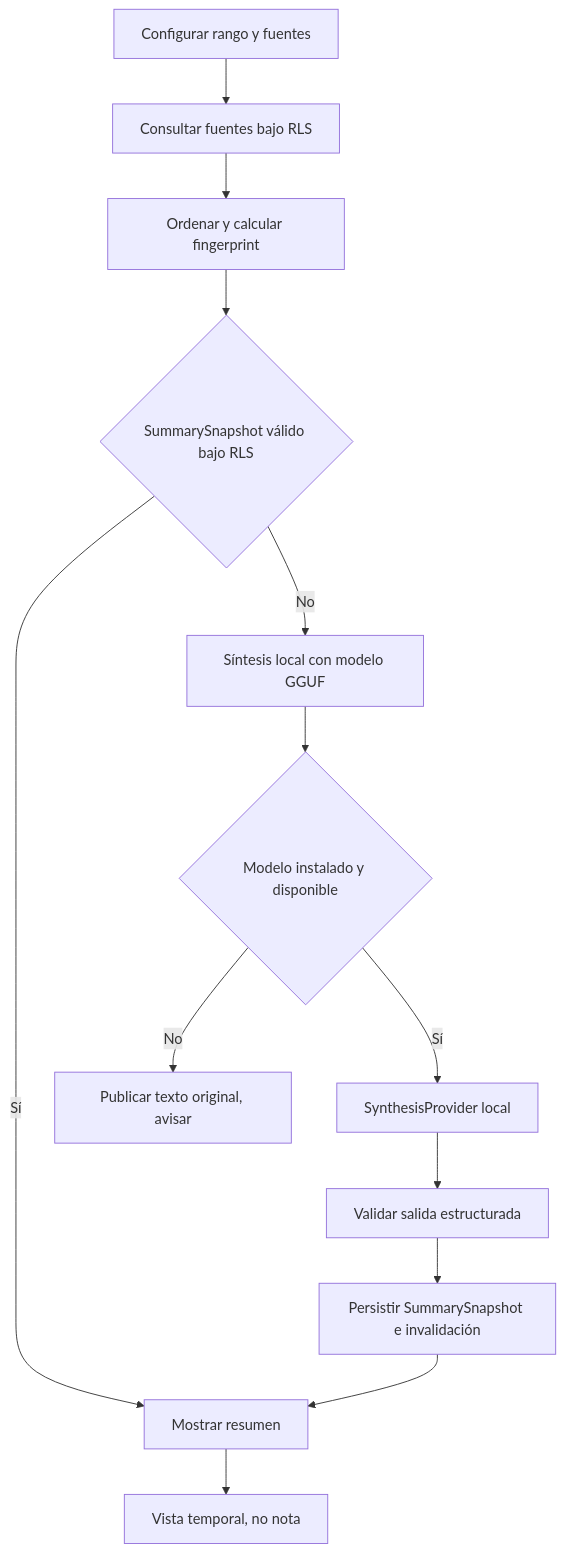
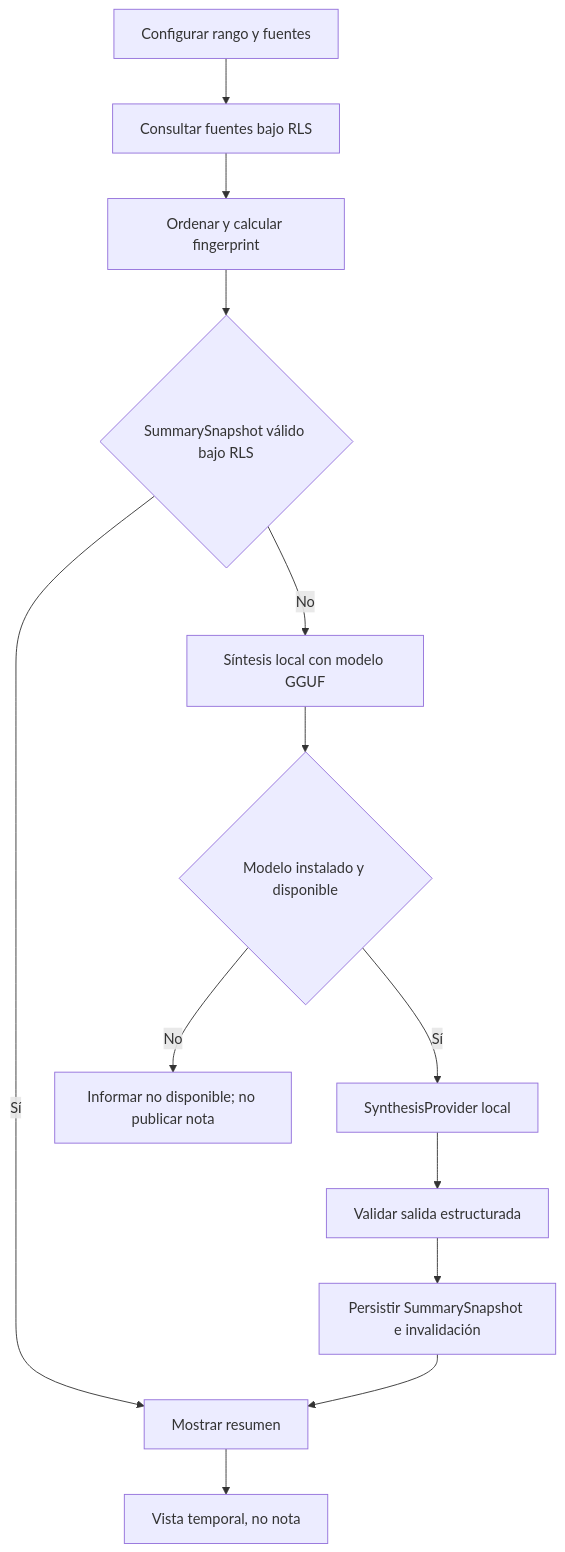
Before and after one commit to panxoyk/carer-record-app: the diagram in docs/foundation/flows/period-summary.md, drawn with Mermaid. The commit also changed other lines of this file and 17 other files, not shown here.

````diff
--- a/docs/foundation/flows/period-summary.md
+++ b/docs/foundation/flows/period-summary.md
@@ -48,15 +50,15 @@
 ```mermaid
 flowchart TD
   A["Configurar rango y fuentes"] --> B["Consultar fuentes bajo RLS"]
   B --> C["Ordenar y calcular fingerprint"]
   C --> D{"SummarySnapshot válido bajo RLS"}
   D -->|Sí| E["Mostrar resumen"]
   D -->|No| F["Síntesis local con modelo GGUF"]
   F --> G{"Modelo instalado y disponible"}
-  G -->|No| L["Publicar texto original, avisar"]
+  G -->|No| L["Informar no disponible; no publicar nota"]
   G -->|Sí| H["SynthesisProvider local"]
   H --> I["Validar salida estructurada"]
   I --> J["Persistir SummarySnapshot e invalidación"]
   J --> E
   E --> K["Vista temporal, no nota"]
 ```
````
